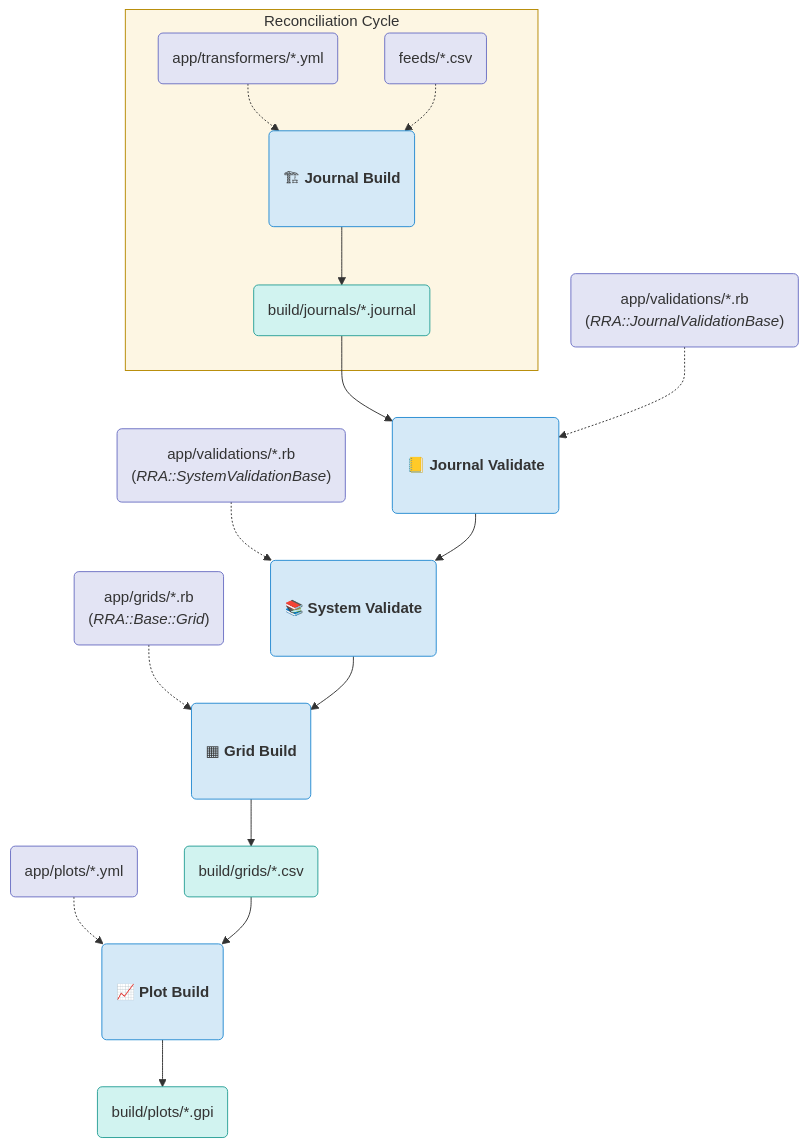
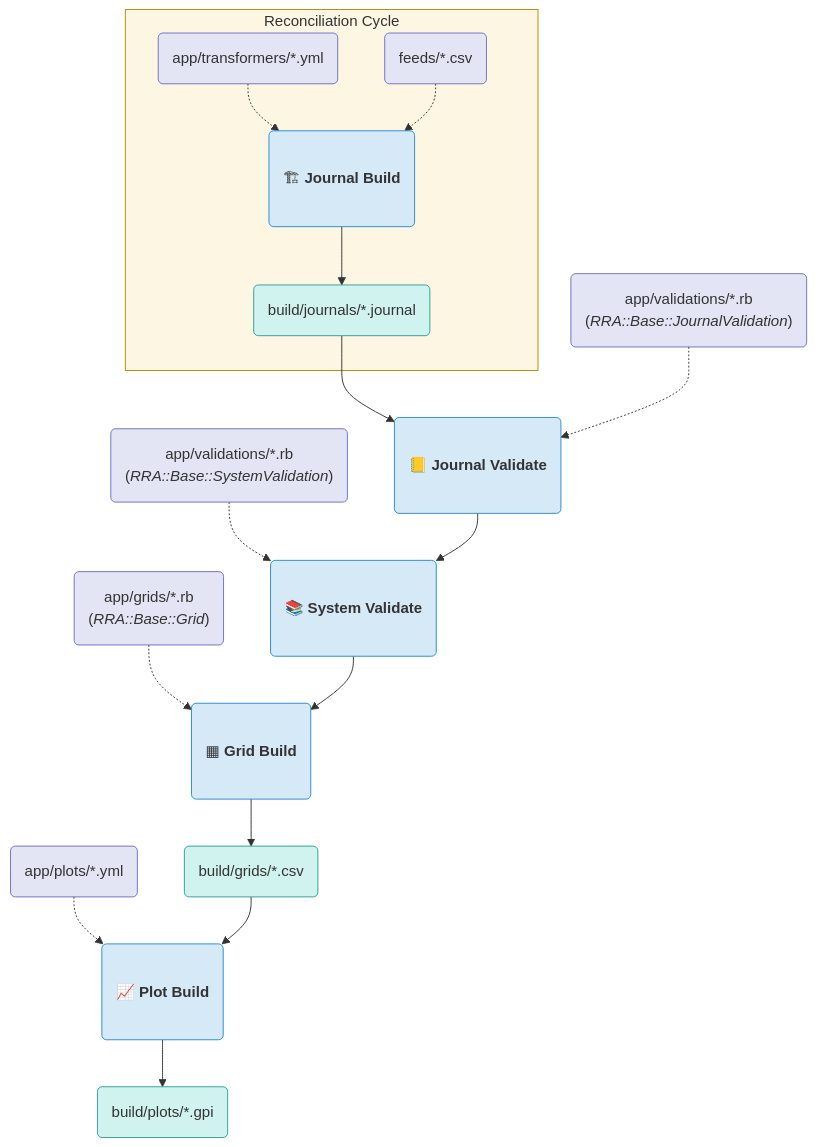
Before and after one commit to brighton36/rvgp: the diagram in README.md, drawn with Mermaid. The commit also changed other lines of this file and 36 other files, not shown here.

````diff
--- a/README.md
+++ b/README.md
@@ -152,38 +152,38 @@
 ```mermaid
   graph TD;
     subgraph Reconciliation[Reconciliation Cycle]
       Transformers("app/transformers/*.yml").->JournalBuild("<br>🏗 <b>Journal Build</b><br><br>");
       Feeds("feeds/*.csv").->JournalBuild;
       JournalBuild-->JournalOutput("build/journals/*.journal");
     end
     JournalOutput-->JValidations;
-    JValidationInput("app/validations/*.rb<br>(<i>RRA::JournalValidationBase</i>)").->JValidations;
+    JValidationInput("app/validations/*.rb<br>(<i>RRA::Base::JournalValidation</i>)").->JValidations;
     JValidations("<br>📒 <b>Journal Validate</b><br><br>");
-    SValidationInput("app/validations/*.rb<br>(<i>RRA::SystemValidationBase</i>)").->SValidations;
+    SValidationInput("app/validations/*.rb<br>(<i>RRA::Base::SystemValidation</i>)").->SValidations;
     JValidations-->SValidations("<br>📚 <b>System Validate</b><br><br>");
     GridInput("app/grids/*.rb<br>(<i>RRA::Base::Grid</i>)").->GridBuild("<br>▦ <b>Grid Build</b><br><br>");
     SValidations-->GridBuild;
     GridBuild-->GridOutput("build/grids/*.csv");
     PlotInput("app/plots/*.yml").->PlotBuild("<br>📈 <b>Plot Build</b><br><br>");
     GridOutput-->PlotBuild;
     PlotBuild-->PlotOutput("build/plots/*.gpi");
     
     style Reconciliation fill:#fdf6e3,stroke:#b58900;
 
     style Transformers fill:#e3e4f4,stroke:#6c71c4;
     style Feeds fill:#e3e4f4,stroke:#6c71c4;
     style JValidationInput fill:#e3e4f4,stroke:#6c71c4;
     style SValidationInput fill:#e3e4f4,stroke:#6c71c4;
     style GridInput fill:#e3e4f4,stroke:#6c71c4;
     style PlotInput fill:#e3e4f4,stroke:#6c71c4;
     
     style JournalOutput fill:#d1f3f0,stroke:#2aa198;
     style GridOutput fill:#d1f3f0,stroke:#2aa198;
     style PlotOutput fill:#d1f3f0,stroke:#2aa198;
 
     style JournalBuild fill:#d5e9f7,stroke:#268bd2;
     style JValidations fill:#d5e9f7,stroke:#268bd2;
     style SValidations fill:#d5e9f7,stroke:#268bd2;
     style GridBuild fill:#d5e9f7,stroke:#268bd2;
     style PlotBuild fill:#d5e9f7,stroke:#268bd2;
 ```
````
